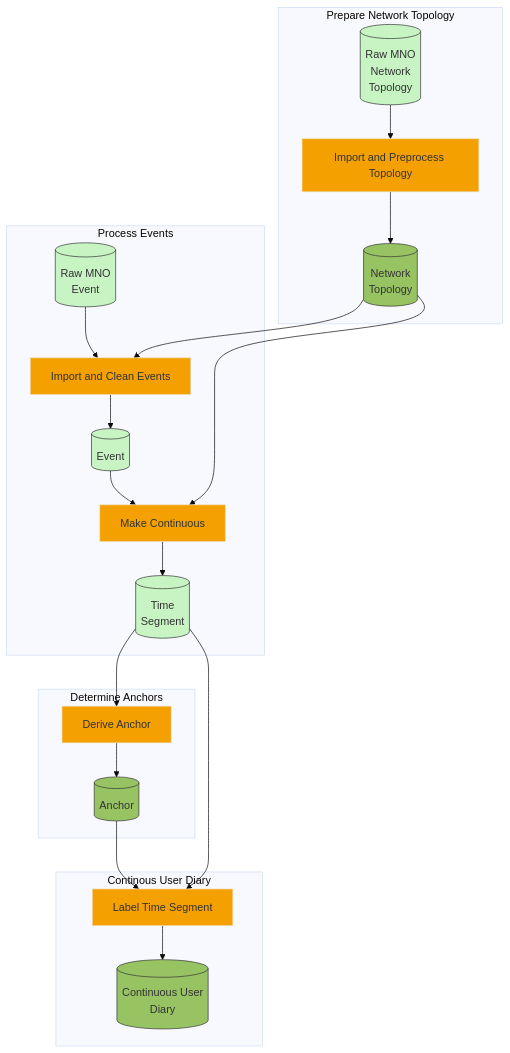
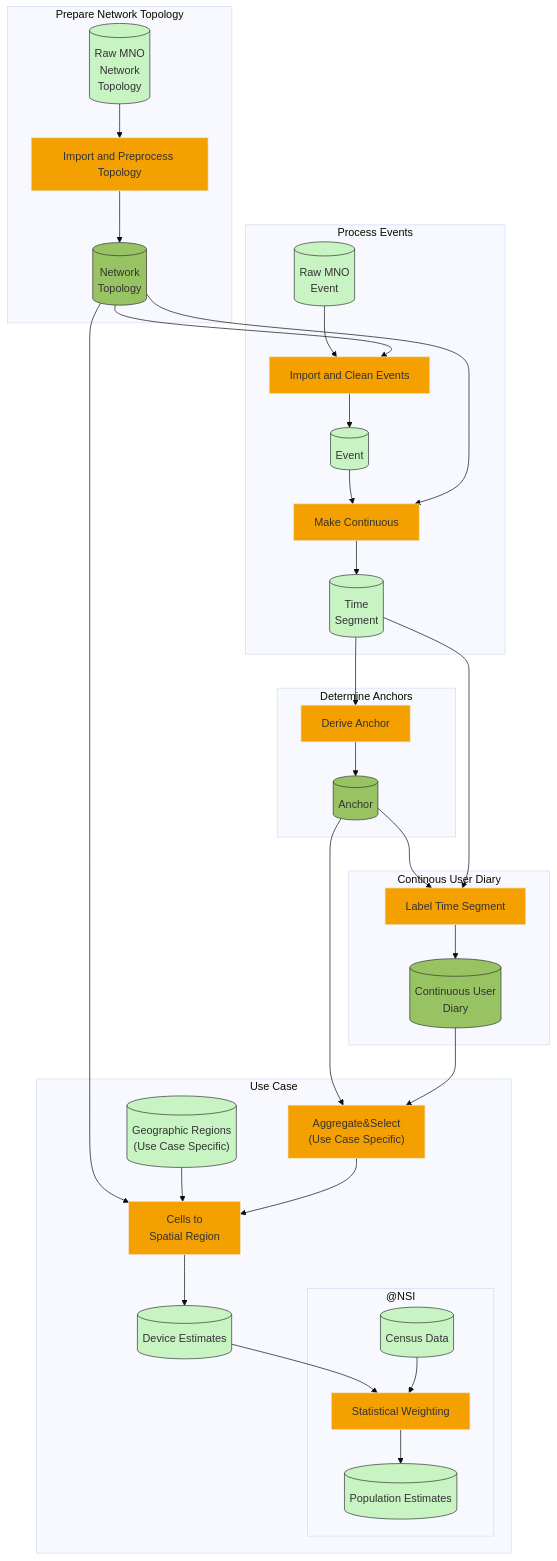
The first of 6 diagrams in README.md (djvanderlaan/pipeline), drawn with Mermaid (base theme) before and after one commit. The commit also changed other lines of this file and 2 other files, not shown here.

Commit message:
Added Use case to general pipeline

````diff
--- a/README.md
+++ b/README.md
@@ -14,49 +14,78 @@
 ```mermaid
 
 flowchart TD
 
 classDef data fill:#033d59,stroke-width:1px, color:#333333;
 classDef process fill:#f3a000,stroke-width:1px,color:#333333;
 classDef db fill:#c8f3c3,stroke:#333333,color:#333333;
 classDef db_rest fill:#98c363,stroke:#333333,color:#333333;
 
 RawEvent[("Raw MNO\nEvent")]:::db
 Event[("Event")]:::db
 TimeSegment[("Time\nSegment")]:::db
 RawEvent[("Raw MNO\nEvent")]:::db
 Event[("Event")]:::db
 TimeSegment[("Time\nSegment")]:::db
 RawNetwork[("Raw MNO\nNetwork\nTopology")]:::db
 
 Network[("Network\nTopology")]:::db_rest
 AnchorDB[("Anchor")]:::db_rest
 CUDDB[("Continuous User\nDiary")]:::db_rest
 
 derive_achor["Derive Anchor"]:::process
 make_cont["Make Continuous"]:::process
 label["Label Time Segment"]:::process
 clean_up["Import and Clean Events"]:::process
 clean_network["Import and Preprocess Topology"]:::process
 
 subgraph proces_events["Process Events"]
   RawEvent --> clean_up --> Event
   Event --> make_cont --> TimeSegment
 end
 
 TimeSegment --> derive_achor
 subgraph Anchor["Determine Anchors"]
   derive_achor --> AnchorDB
 end
 
 AnchorDB --> label
 TimeSegment --> label
 subgraph cud["Continous User Diary"]
   label --> CUDDB
 end
 
 subgraph preprocessnetwork["Prepare Network Topology"]
   RawNetwork --> clean_network --> Network
   Network ---> make_cont
   Network --> clean_up
 end
+
+
+
+subgraph USECASE["Use Case"]
+
+  DeviceDist[("Device Estimates")]:::db
+  Census[("Census Data")]:::db
+  RegionCud[("Population Estimates")]:::db
+  Regions[("Geographic Regions\n(Use Case Specific)")]:::db
+
+  aggregate["Aggregate&Select\n(Use Case Specific)"]:::process
+  cells_to_region["Cells to\n Spatial Region"]:::process
+  weight["Statistical Weighting"]:::process
+
+  AnchorDB --> aggregate
+  CUDDB --> aggregate
+  Network ---> cells_to_region
+  Regions --> cells_to_region
+  aggregate --> cells_to_region
+  cells_to_region --> DeviceDist
+
+  DeviceDist --> weight
+  subgraph atnsi["@NSI"]
+    Census --> weight
+    weight --> RegionCud
+  end
+
+end
+
 ```
````
